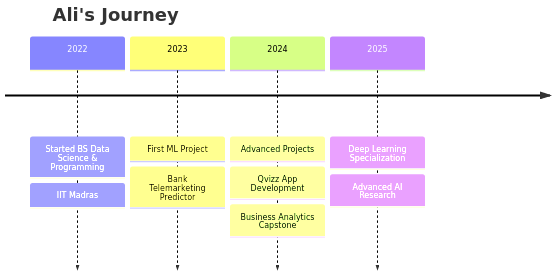
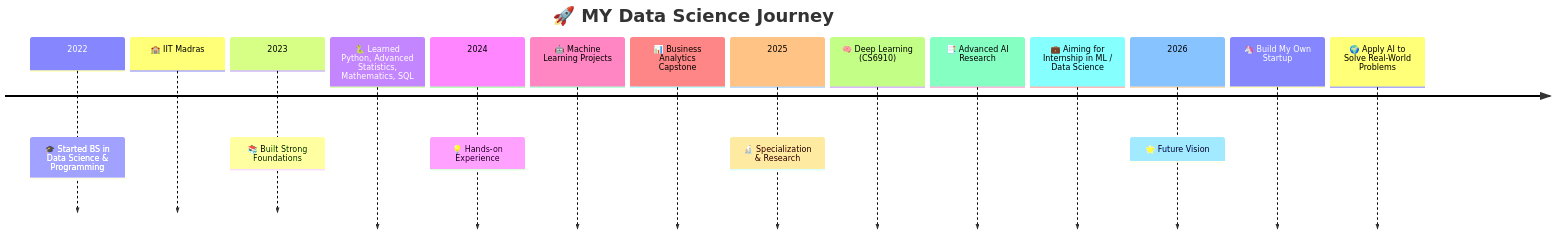
The diagram in README.md (22f3001825/22f3001825), drawn with Mermaid before and after one commit. The commit also changed other lines of this file, not shown here.

````diff
--- a/README.md
+++ b/README.md
@@ -198,13 +181,19 @@
 ```mermaid
 timeline
-    title Ali's Journey
-    2022 : Started BS Data Science & Programming
-         : IIT Madras
-    2023 : First ML Project
-         : Bank Telemarketing Predictor
-    2024 : Advanced Projects
-         : Qvizz App Development
-         : Business Analytics Capstone
-    2025 : Deep Learning Specialization
-         : Advanced AI Research
+    title 🚀 MY Data Science Journey
+    2022 : 🎓 Started BS in Data Science & Programming  
+           🏫 IIT Madras  
+    2023 : 📚 Built Strong Foundations  
+           🐍 Learned Python, Advanced Statistics, Mathematics, SQL  
+    2024 : 💡 Hands-on Experience  
+           🤖 Machine Learning Projects  
+           📊 Business Analytics Capstone   
+    2025 : 🔬 Specialization & Research  
+           🧠 Deep Learning (CS6910)  
+           📑 Advanced AI Research  
+           💼 Aiming for Internship in ML / Data Science  
+    2026 : 🌟 Future Vision  
+           🦄 Build My Own Startup  
+           🌍 Apply AI to Solve Real-World Problems
+
 ```
````
